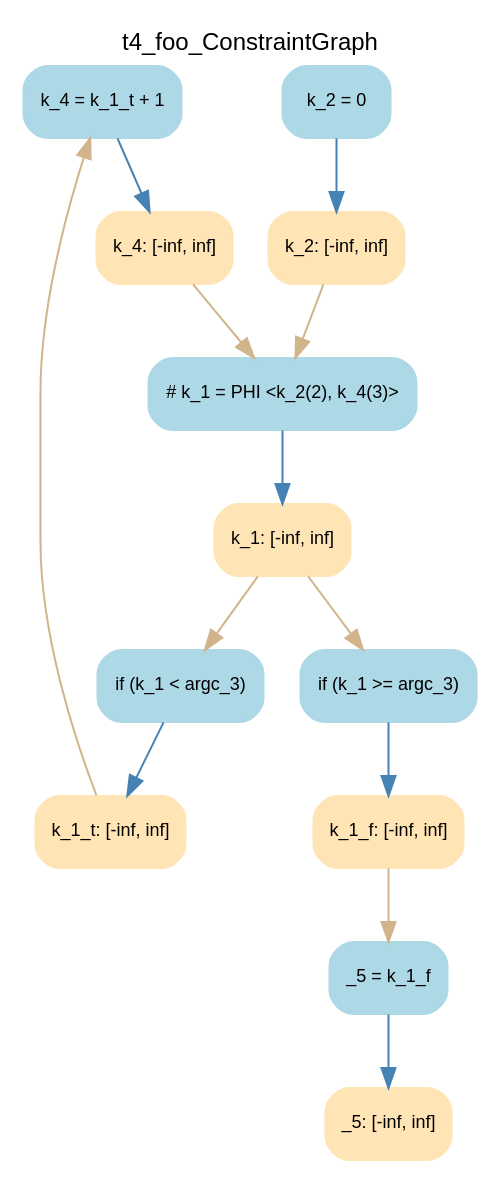
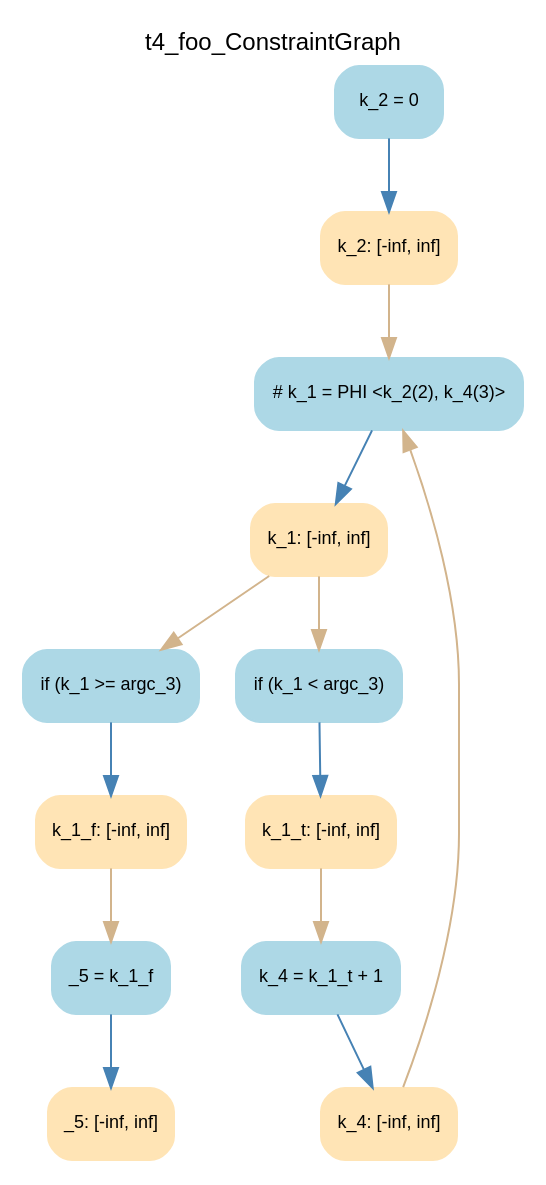
The diagram in dot/t4_foo_ConstraintGraph.dot (DeleteMemoryyy/RangeAnalysis), drawn with Graphviz before and after one commit. The commit also changed 50 other files, not shown here.

```diff
--- a/dot/t4_foo_ConstraintGraph.dot
+++ b/dot/t4_foo_ConstraintGraph.dot
@@ -1,35 +1,35 @@
 digraph t4_foo_ConstraintGraph { 
 	label=t4_foo_ConstraintGraph
 	center=true
 	labelloc=top
 	fontname=Arial
 	fontsize=12
 	edge[fontname=Arial, fontsize=10]
 	node[fontname=Arial, fontsize=9]
 
 		Node_0 -> Node_1 [color=steelblue]
 		Node_2 -> Node_3 [color=steelblue]
 		Node_4 -> Node_5 [color=steelblue]
 		Node_6 -> Node_7 [color=steelblue]
 		Node_8 -> Node_9 [color=steelblue]
 		Node_10 -> Node_11 [color=steelblue]
-		Node_9 -> Node_2 [color=tan]
+		Node_5 -> Node_0 [color=tan]
+		Node_11 -> Node_6 [color=tan]
 		Node_7 -> Node_0 [color=tan]
-		Node_11 -> Node_4 [color=tan]
-		Node_5 -> Node_6 [color=tan]
-		Node_5 -> Node_8 [color=tan]
-		Node_1 -> Node_4 [color=tan]
+		Node_3 -> Node_8 [color=tan]
+		Node_1 -> Node_2 [color=tan]
+		Node_1 -> Node_10 [color=tan]
 
-	Node_0 [fillcolor=lightblue, color=lightblue, shape=Mrecord, style=filled, label="{ k_4 = k_1_t + 1 }"]
-	Node_2 [fillcolor=lightblue, color=lightblue, shape=Mrecord, style=filled, label="{ _5 = k_1_f }"]
-	Node_4 [fillcolor=lightblue, color=lightblue, shape=Mrecord, style=filled, label="{ # k_1 = PHI \<k_2(2), k_4(3)\> }"]
-	Node_6 [fillcolor=lightblue, color=lightblue, shape=Mrecord, style=filled, label="{ if (k_1 \< argc_3) }"]
-	Node_8 [fillcolor=lightblue, color=lightblue, shape=Mrecord, style=filled, label="{ if (k_1 \>= argc_3) }"]
-	Node_10 [fillcolor=lightblue, color=lightblue, shape=Mrecord, style=filled, label="{ k_2 = 0 }"]
-	Node_3 [fillcolor=moccasin, color=moccasin, shape=Mrecord, style=filled, label="{ _5: \[-inf, inf\] }"]
-	Node_9 [fillcolor=moccasin, color=moccasin, shape=Mrecord, style=filled, label="{ k_1_f: \[-inf, inf\] }"]
-	Node_7 [fillcolor=moccasin, color=moccasin, shape=Mrecord, style=filled, label="{ k_1_t: \[-inf, inf\] }"]
-	Node_11 [fillcolor=moccasin, color=moccasin, shape=Mrecord, style=filled, label="{ k_2: \[-inf, inf\] }"]
-	Node_5 [fillcolor=moccasin, color=moccasin, shape=Mrecord, style=filled, label="{ k_1: \[-inf, inf\] }"]
-	Node_1 [fillcolor=moccasin, color=moccasin, shape=Mrecord, style=filled, label="{ k_4: \[-inf, inf\] }"]
+	Node_0 [fillcolor=lightblue, color=lightblue, shape=Mrecord, style=filled, label="{ # k_1 = PHI \<k_2(2), k_4(3)\> }"]
+	Node_2 [fillcolor=lightblue, color=lightblue, shape=Mrecord, style=filled, label="{ if (k_1 \>= argc_3) }"]
+	Node_4 [fillcolor=lightblue, color=lightblue, shape=Mrecord, style=filled, label="{ k_2 = 0 }"]
+	Node_6 [fillcolor=lightblue, color=lightblue, shape=Mrecord, style=filled, label="{ k_4 = k_1_t + 1 }"]
+	Node_8 [fillcolor=lightblue, color=lightblue, shape=Mrecord, style=filled, label="{ _5 = k_1_f }"]
+	Node_10 [fillcolor=lightblue, color=lightblue, shape=Mrecord, style=filled, label="{ if (k_1 \< argc_3) }"]
+	Node_5 [fillcolor=moccasin, color=moccasin, shape=Mrecord, style=filled, label="{ k_2: \[-inf, inf\] }"]
+	Node_11 [fillcolor=moccasin, color=moccasin, shape=Mrecord, style=filled, label="{ k_1_t: \[-inf, inf\] }"]
+	Node_7 [fillcolor=moccasin, color=moccasin, shape=Mrecord, style=filled, label="{ k_4: \[-inf, inf\] }"]
+	Node_9 [fillcolor=moccasin, color=moccasin, shape=Mrecord, style=filled, label="{ _5: \[-inf, inf\] }"]
+	Node_3 [fillcolor=moccasin, color=moccasin, shape=Mrecord, style=filled, label="{ k_1_f: \[-inf, inf\] }"]
+	Node_1 [fillcolor=moccasin, color=moccasin, shape=Mrecord, style=filled, label="{ k_1: \[-inf, inf\] }"]
 }
```
